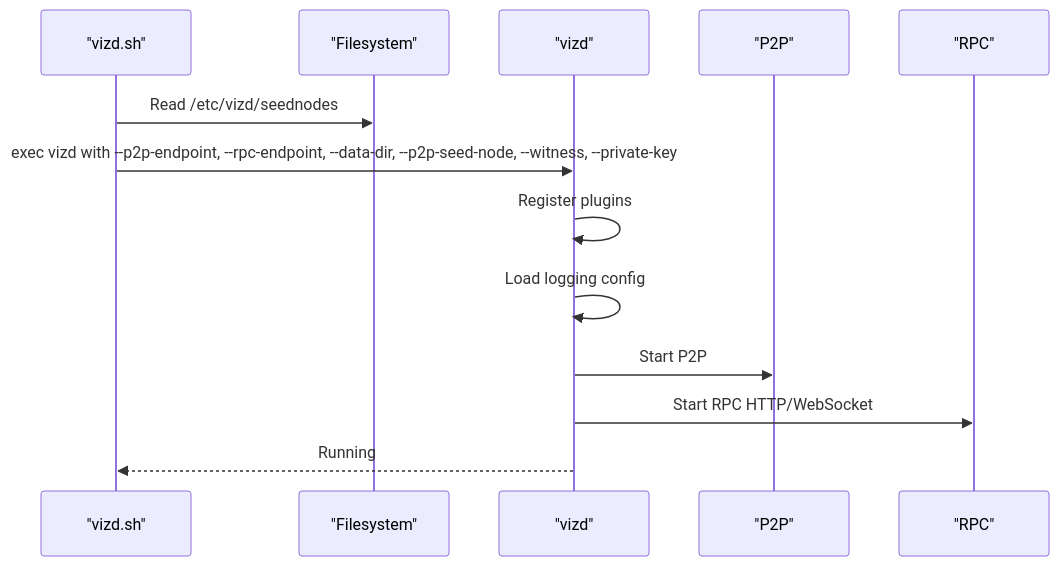
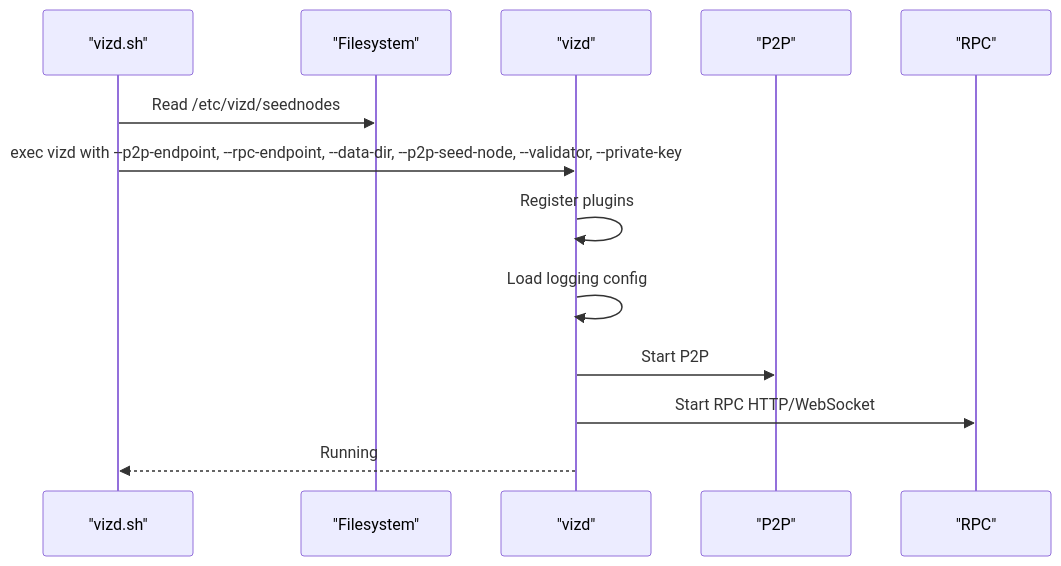
Before and after one commit to VIZ-Blockchain/viz-cpp-node: the fourth of 5 diagrams in .qoder/repowiki/en/content/Deployment and Operations/Node Deployment/Node Deployment.md, drawn with Mermaid. The commit also changed other lines of this file and 88 other files, not shown here.

First line of the commit message:
docs(validator): rename witness to validator throughout documentation

````diff
--- a/.qoder/repowiki/en/content/Deployment and Operations/Node Deployment/Node Deployment.md
+++ b/.qoder/repowiki/en/content/Deployment and Operations/Node Deployment/Node Deployment.md
@@ -240,15 +240,15 @@
 ```mermaid
 sequenceDiagram
 participant Init as "vizd.sh"
 participant FS as "Filesystem"
 participant Bin as "vizd"
 participant Net as "P2P"
 participant API as "RPC"
 Init->>FS : Read /etc/vizd/seednodes
-Init->>Bin : exec vizd with --p2p-endpoint, --rpc-endpoint, --data-dir, --p2p-seed-node, --witness, --private-key
+Init->>Bin : exec vizd with --p2p-endpoint, --rpc-endpoint, --data-dir, --p2p-seed-node, --validator, --private-key
 Bin->>Bin : Register plugins
 Bin->>Bin : Load logging config
 Bin->>Net : Start P2P
 Bin->>API : Start RPC HTTP/WebSocket
 Bin-->>Init : Running
 ```
````
